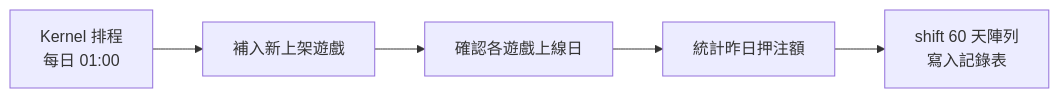
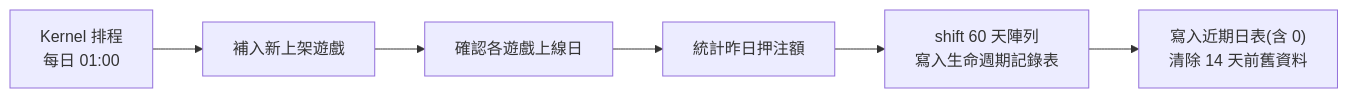
The diagram in src/content/projects/betdaily-automation.md (leemengju/leemengju.github.io), drawn with Mermaid before and after one commit. The commit also changed other lines of this file and 13 other files, not shown here.

````diff
--- a/src/content/projects/betdaily-automation.md
+++ b/src/content/projects/betdaily-automation.md
@@ -58,7 +61,8 @@
 ```mermaid
 flowchart LR
   K["Kernel 排程<br/>每日 01:00"] --> A["補入新上架遊戲"]
   A --> B["確認各遊戲上線日"]
   B --> C["統計昨日押注額"]
-  C --> D["shift 60 天陣列<br/>寫入記錄表"]
+  C --> D["shift 60 天陣列<br/>寫入生命週期記錄表"]
+  D --> E["寫入近期日表(含 0)<br/>清除 14 天前舊資料"]
 ```
````
